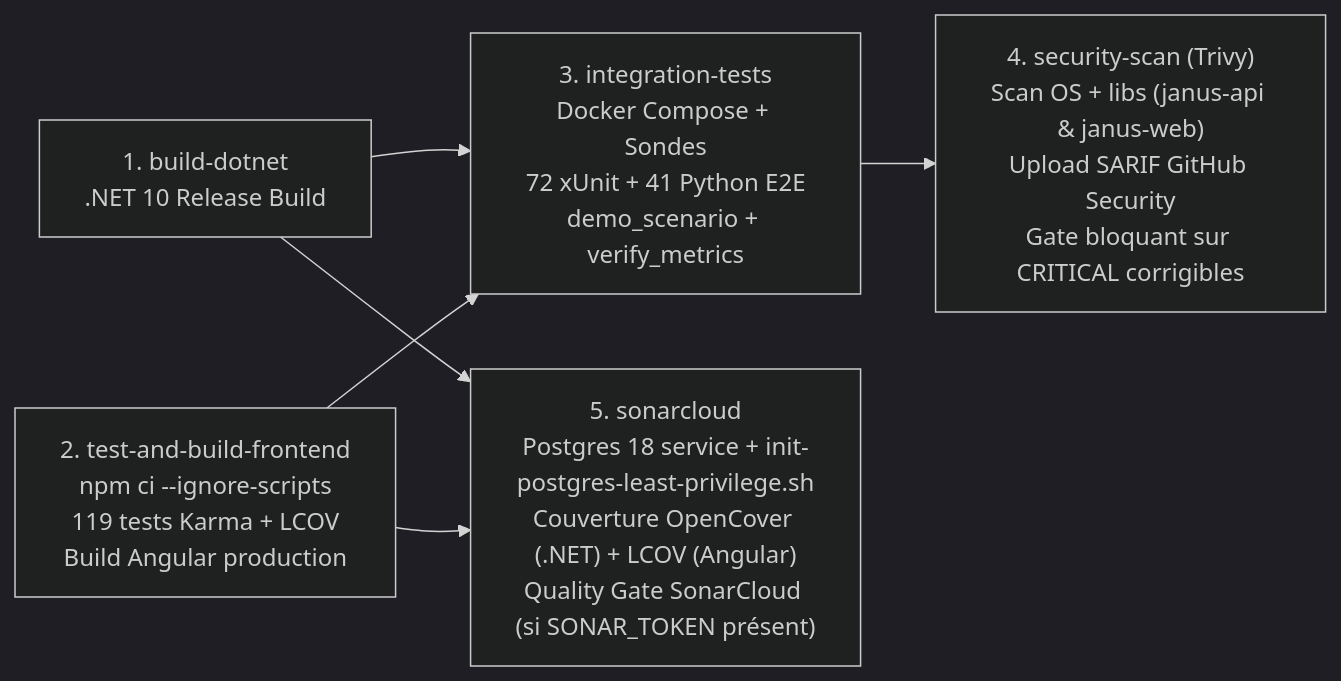
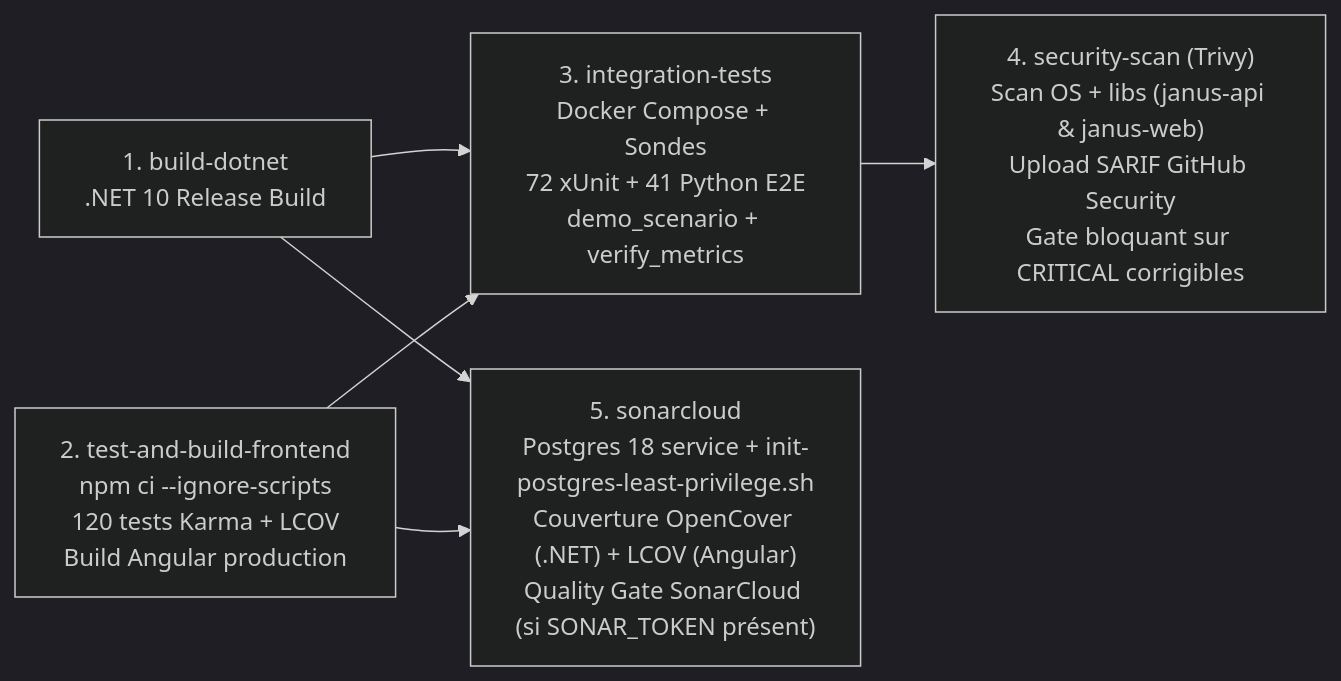
Before and after one commit to nacefmoula/janus-rfid-platform: the third of 3 diagrams in README.md, drawn with Mermaid (dark theme). The commit also changed other lines of this file and 8 other files, not shown here.

````diff
--- a/README.md
+++ b/README.md
@@ -614,8 +614,8 @@
 ```mermaid
 flowchart LR
     J1["1. build-dotnet\n.NET 10 Release Build"] --> J3["3. integration-tests\nDocker Compose + Sondes\n72 xUnit + 41 Python E2E\ndemo_scenario + verify_metrics"]
-    J2["2. test-and-build-frontend\nnpm ci --ignore-scripts\n119 tests Karma + LCOV\nBuild Angular production"] --> J3
+    J2["2. test-and-build-frontend\nnpm ci --ignore-scripts\n120 tests Karma + LCOV\nBuild Angular production"] --> J3
     J3 --> J4["4. security-scan (Trivy)\nScan OS + libs (janus-api & janus-web)\nUpload SARIF GitHub Security\nGate bloquant sur CRITICAL corrigibles"]
     J1 --> J5["5. sonarcloud\nPostgres 18 service + init-postgres-least-privilege.sh\nCouverture OpenCover (.NET) + LCOV (Angular)\nQuality Gate SonarCloud (si SONAR_TOKEN présent)"]
     J2 --> J5
 ```
````
